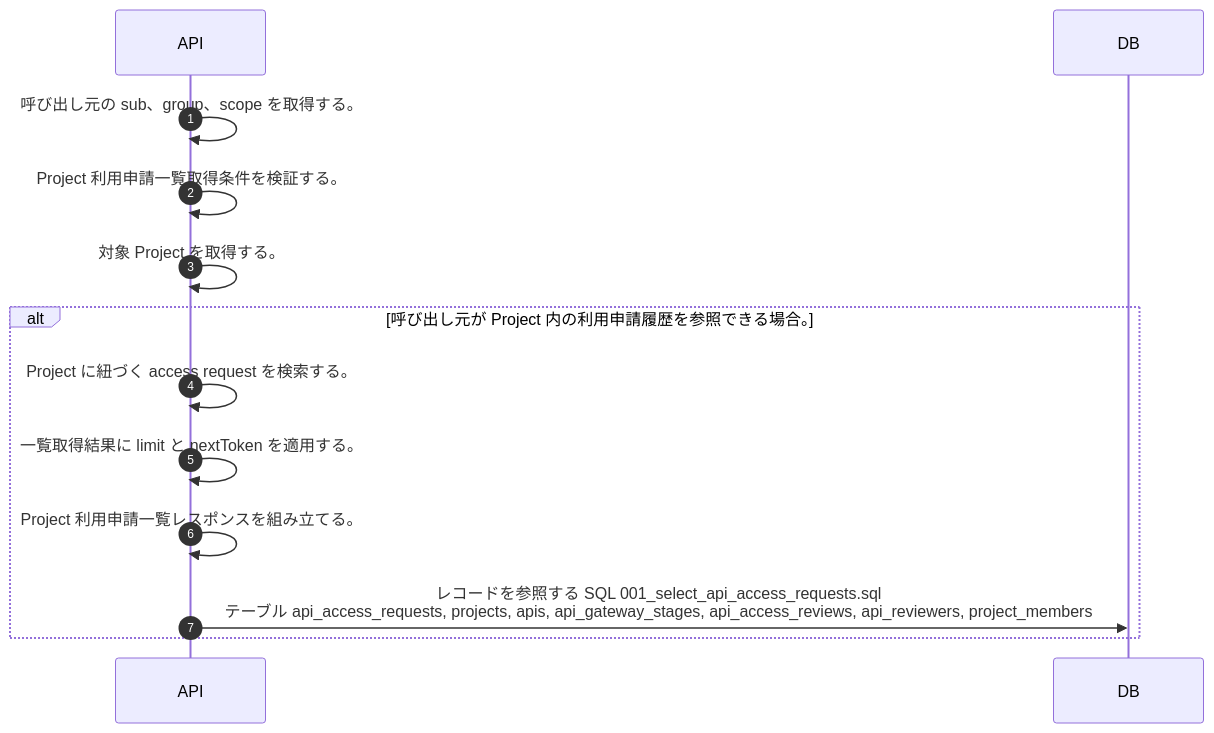
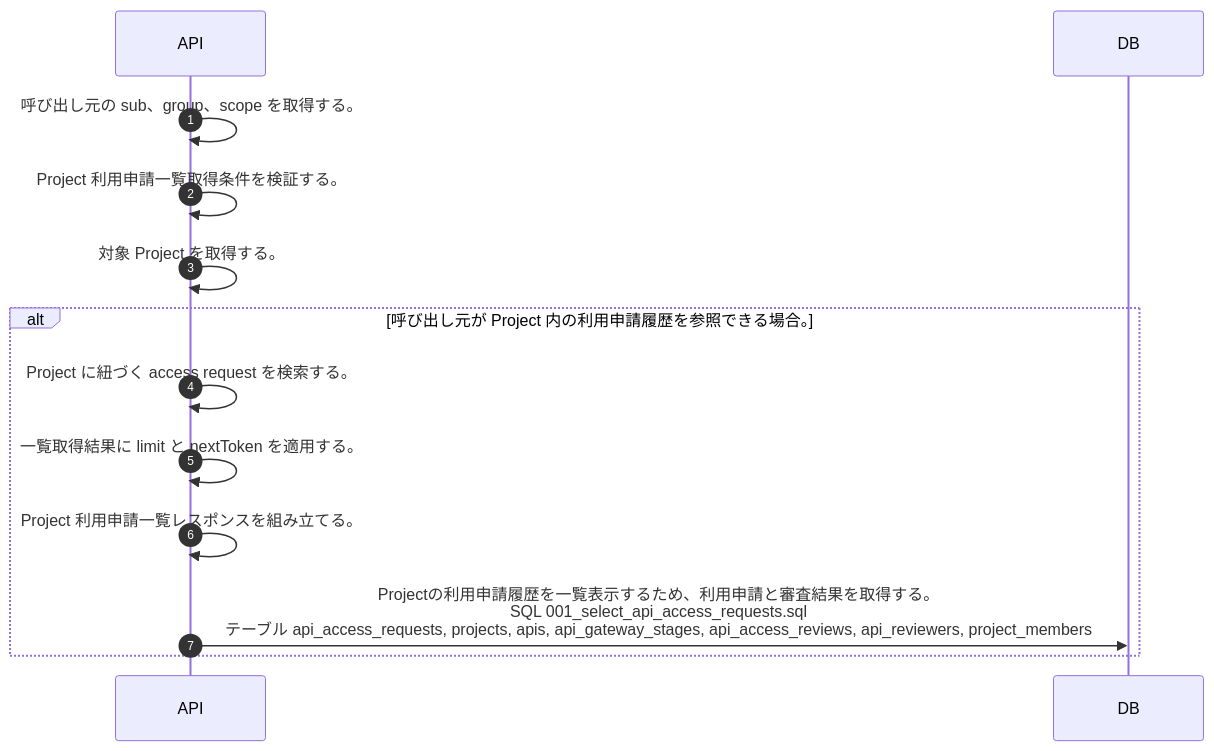
One commit to tsuji-tomonori/lazunex changed the diagram in docs/spec/40.apis/projects/list_project_api_access_requests/sequence_gen.md. Above: the diagram before and after it, drawn with Mermaid. The commit also changed 117 other files, not shown here.

Commit message:
📝 docs(api): SQL意図をシーケンスへ伝播

````diff
--- a/docs/spec/40.apis/projects/list_project_api_access_requests/sequence_gen.md
+++ b/docs/spec/40.apis/projects/list_project_api_access_requests/sequence_gen.md
@@ -5,15 +5,15 @@
 ```mermaid
 sequenceDiagram
   autonumber
   participant API as API
   participant DB as DB
   API->>API: 呼び出し元の sub、group、scope を取得する。
   API->>API: Project 利用申請一覧取得条件を検証する。
   API->>API: 対象 Project を取得する。
   alt 呼び出し元が Project 内の利用申請履歴を参照できる場合。
     API->>API: Project に紐づく access request を検索する。
     API->>API: 一覧取得結果に limit と nextToken を適用する。
     API->>API: Project 利用申請一覧レスポンスを組み立てる。
-    API->>DB: レコードを参照する SQL 001_select_api_access_requests.sql<br/>テーブル api_access_requests, projects, apis, api_gateway_stages, api_access_reviews, api_reviewers, project_members
+    API->>DB: Projectの利用申請履歴を一覧表示するため、利用申請と審査結果を取得する。<br/>SQL 001_select_api_access_requests.sql<br/>テーブル api_access_requests, projects, apis, api_gateway_stages, api_access_reviews, api_reviewers, project_members
   end
 ```
````
